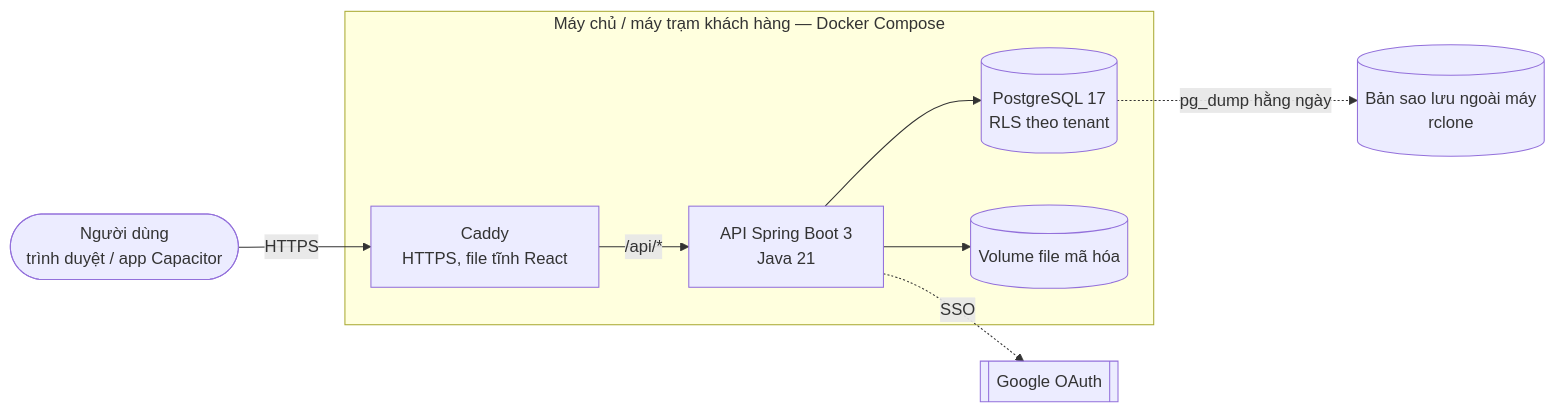
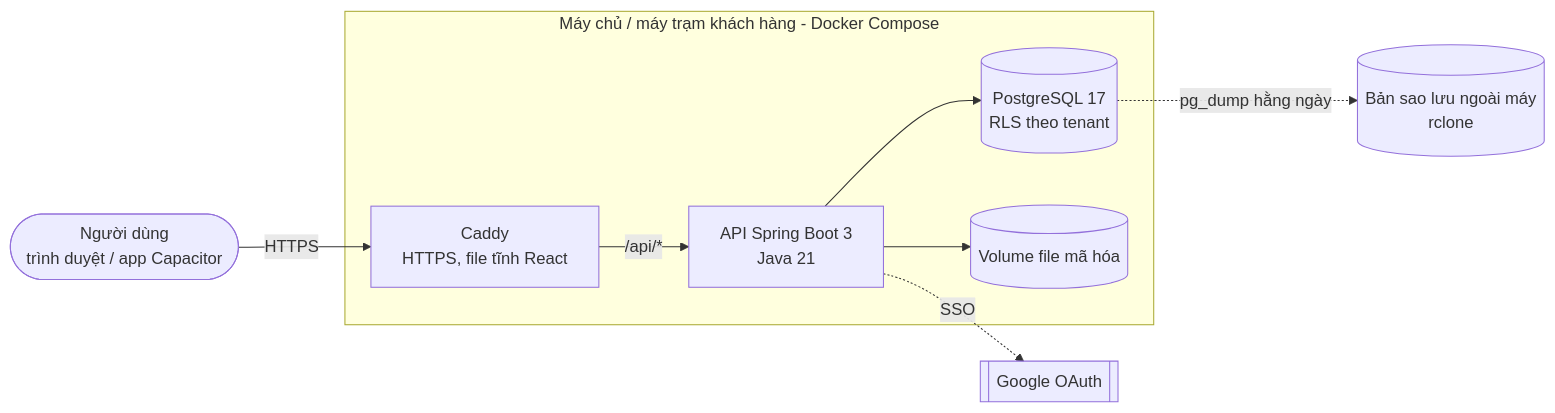
One commit to thucnq/devkit-marketplace changed the diagram in plugins/dk/templates/golden-path/docs/diagrams/system.mmd. Above: the diagram before and after it, drawn with Mermaid. The commit also changed 69 other files, not shown here.

```diff
--- a/plugins/dk/templates/golden-path/docs/diagrams/system.mmd
+++ b/plugins/dk/templates/golden-path/docs/diagrams/system.mmd
@@ -1,17 +1,17 @@
 %% Sơ đồ hệ thống (mức container). Cập nhật bởi /dk:design và agent doc-sync.
 flowchart LR
   user([Người dùng<br/>trình duyệt / app Capacitor])
   google[[Google OAuth]]
-  subgraph vm[Máy chủ / máy trạm khách hàng — Docker Compose]
+  subgraph vm[Máy chủ / máy trạm khách hàng - Docker Compose]
     caddy[Caddy<br/>HTTPS, file tĩnh React]
     api[API Spring Boot 3<br/>Java 21]
     db[(PostgreSQL 17<br/>RLS theo tenant)]
     files[(Volume file mã hóa)]
   end
   backup[(Bản sao lưu ngoài máy<br/>rclone)]
   user -->|HTTPS| caddy
   caddy -->|/api/*| api
   api --> db
   api --> files
   api -.->|SSO| google
   db -.->|pg_dump hằng ngày| backup
```
